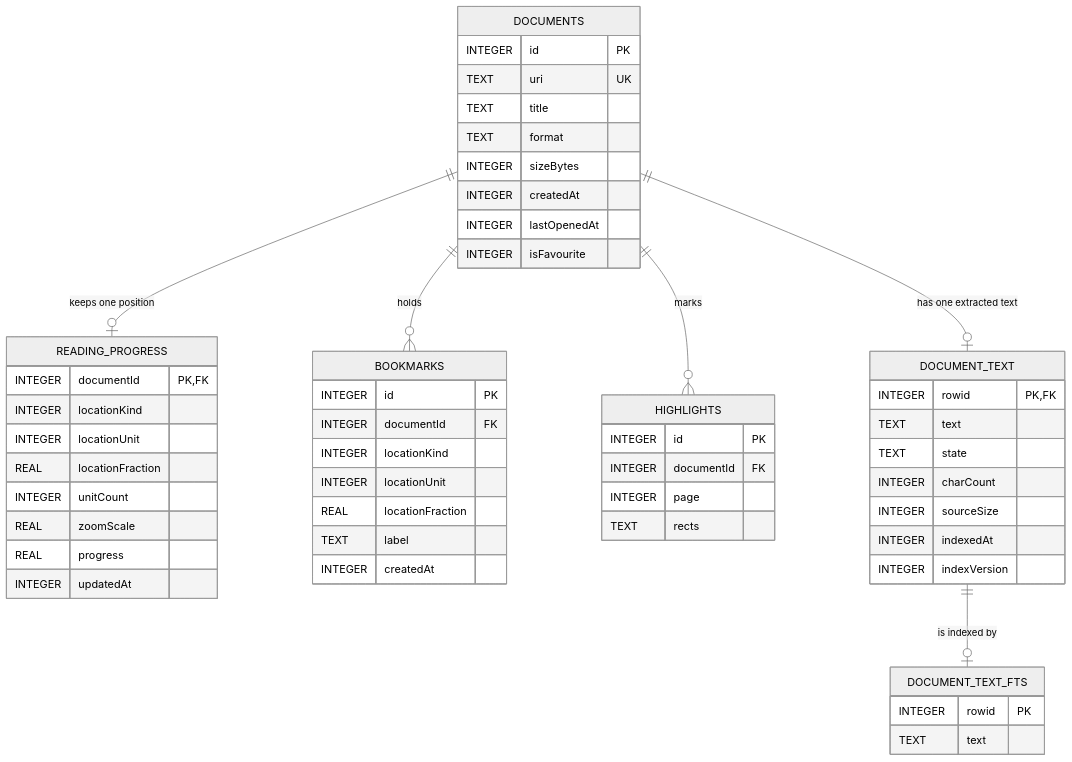
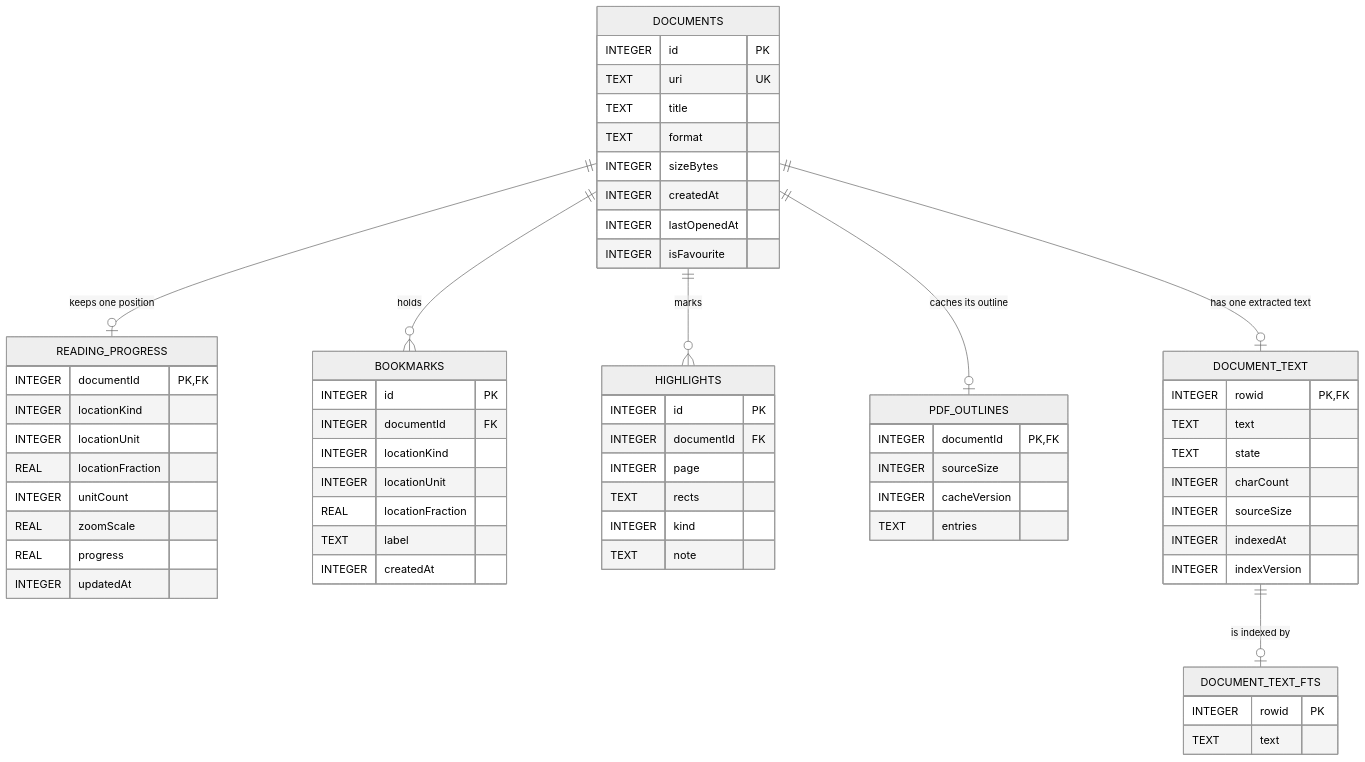
The second of 2 diagrams in README.md (Pixelrick420/Papyrus), drawn with Mermaid (neutral theme) before and after one commit. The commit also changed other lines of this file and 3 other files, not shown here.

````diff
--- a/README.md
+++ b/README.md
@@ -257,62 +272,72 @@
 ```mermaid
 erDiagram
     DOCUMENTS ||--o| READING_PROGRESS : "keeps one position"
     DOCUMENTS ||--o{ BOOKMARKS : "holds"
     DOCUMENTS ||--o{ HIGHLIGHTS : "marks"
+    DOCUMENTS ||--o| PDF_OUTLINES : "caches its outline"
     DOCUMENTS ||--o| DOCUMENT_TEXT : "has one extracted text"
     DOCUMENT_TEXT ||--o| DOCUMENT_TEXT_FTS : "is indexed by"
 
     DOCUMENTS {
         INTEGER id PK
         TEXT uri UK
         TEXT title
         TEXT format
         INTEGER sizeBytes
         INTEGER createdAt
         INTEGER lastOpenedAt
         INTEGER isFavourite
     }
 
     READING_PROGRESS {
         INTEGER documentId PK, FK
         INTEGER locationKind
         INTEGER locationUnit
         REAL locationFraction
         INTEGER unitCount
         REAL zoomScale
         REAL progress
         INTEGER updatedAt
     }
 
     BOOKMARKS {
         INTEGER id PK
         INTEGER documentId FK
         INTEGER locationKind
         INTEGER locationUnit
         REAL locationFraction
         TEXT label
         INTEGER createdAt
     }
 
     HIGHLIGHTS {
         INTEGER id PK
         INTEGER documentId FK
         INTEGER page
         TEXT rects
+        INTEGER kind
+        TEXT note
+    }
+
+    PDF_OUTLINES {
+        INTEGER documentId PK, FK
+        INTEGER sourceSize
+        INTEGER cacheVersion
+        TEXT entries
     }
 
     DOCUMENT_TEXT {
         INTEGER rowid PK, FK
         TEXT text
         TEXT state
         INTEGER charCount
         INTEGER sourceSize
         INTEGER indexedAt
         INTEGER indexVersion
     }
 
     DOCUMENT_TEXT_FTS {
         INTEGER rowid PK
         TEXT text
     }
 ```
````
